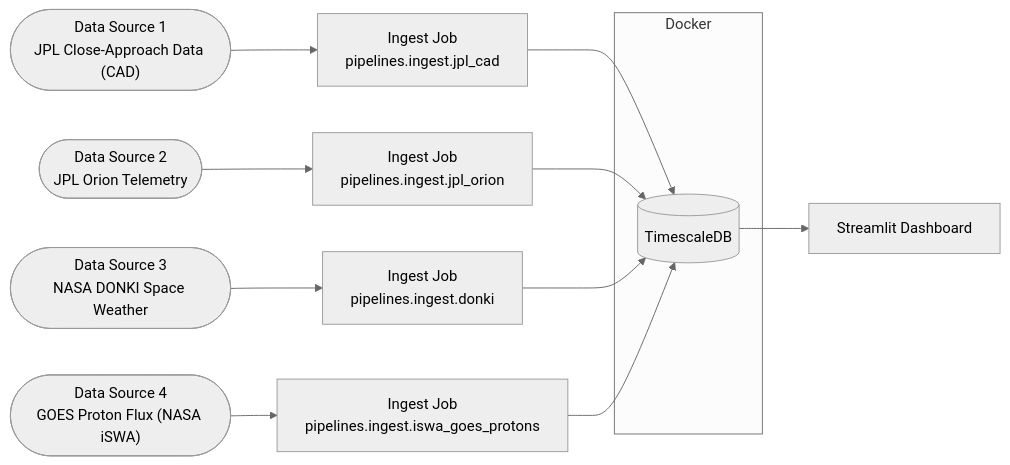
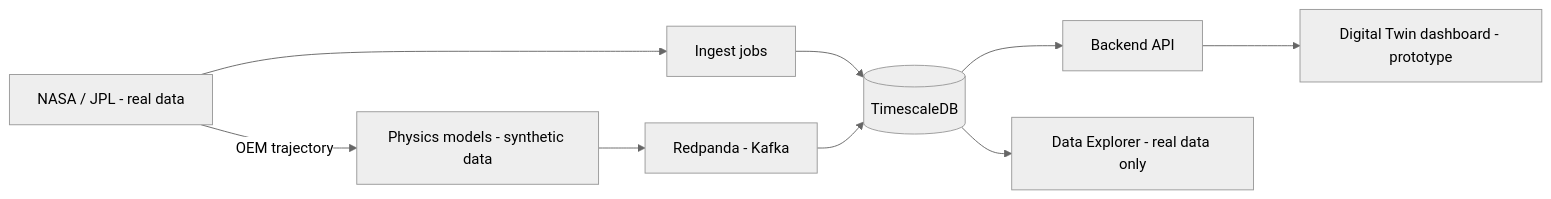
One commit to datatribe-collective-labs/telemetry changed the diagram in README.md. Above: the diagram before and after it, drawn with Mermaid (neutral theme). The commit also changed other lines of this file and 11 other files, not shown here.

````diff
--- a/README.md
+++ b/README.md
@@ -20,27 +10,20 @@
 ```mermaid
 flowchart LR
-    Source1(["Data Source 1\nJPL Close-Approach Data (CAD)"])
-    Source2(["Data Source 2\nJPL Orion Telemetry"])
-    Source3(["Data Source 3\nNASA DONKI Space Weather"])
-    Source4(["Data Source 4\nGOES Proton Flux (NASA iSWA)"])
-    Ingest1["Ingest Job\npipelines.ingest.jpl_cad"]
-    Ingest2["Ingest Job\npipelines.ingest.jpl_orion"]
-    Ingest3["Ingest Job\npipelines.ingest.donki"]
-    Ingest4["Ingest Job\npipelines.ingest.iswa_goes_protons"]
-    DB[("TimescaleDB\n")]
-    Dash["Streamlit Dashboard\n"]
+    NASA["NASA / JPL - real data"]
+    Ingest["Ingest jobs"]
+    Physics["Physics models - synthetic data"]
+    Kafka["Redpanda - Kafka"]
+    DB[("TimescaleDB")]
+    API["Backend API"]
+    Twin["Digital Twin dashboard - prototype"]
+    Explorer["Data Explorer - real data only"]
 
-    Source1 --> Ingest1
-    Source2 --> Ingest2
-    Source3 --> Ingest3
-    Source4 --> Ingest4
-    Ingest1 --> DB
-    Ingest2 --> DB
-    Ingest3 --> DB
-    Ingest4 --> DB
-    DB --> Dash
-
-    subgraph Docker["Docker"]
-        DB
-    end
+    NASA --> Ingest
+    Ingest --> DB
+    NASA -- OEM trajectory --> Physics
+    Physics --> Kafka
+    Kafka --> DB
+    DB --> API
+    API --> Twin
+    DB --> Explorer
 ```
````
